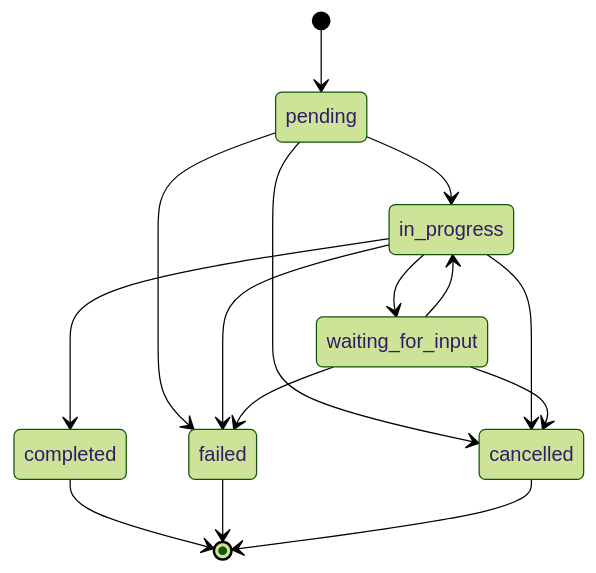
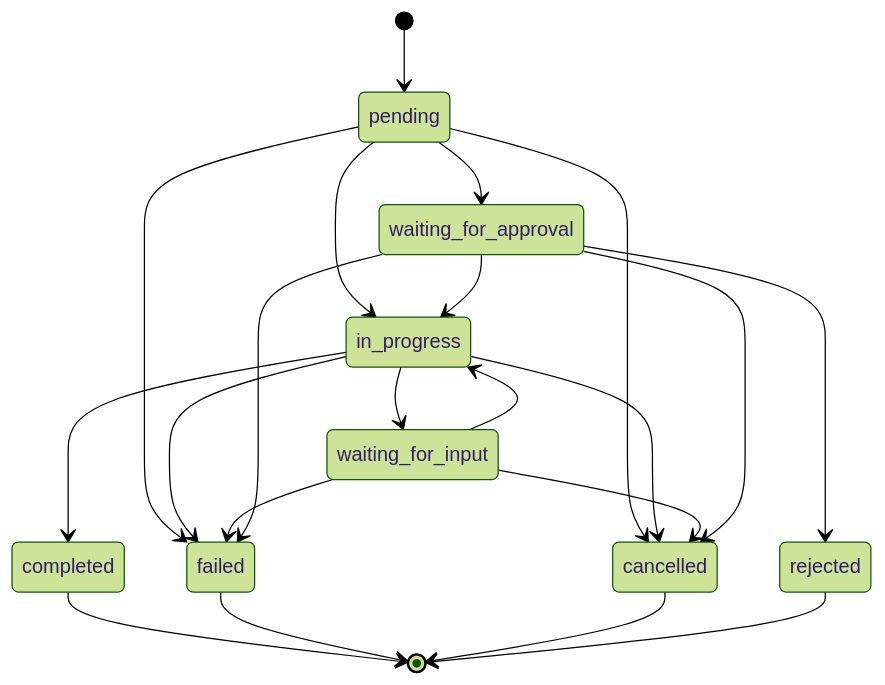
The third of 7 diagrams in docs/02-architecture-overview.md (emanuelschille/operator-core-public), drawn with Mermaid (forest theme) before and after one commit. The commit also changed other lines of this file and 6 other files, not shown here.

````diff
--- a/docs/02-architecture-overview.md
+++ b/docs/02-architecture-overview.md
@@ -105,17 +105,23 @@
 ```mermaid
 stateDiagram-v2
     [*] --> pending
     pending --> in_progress
+    pending --> waiting_for_approval
     pending --> cancelled
     pending --> failed
     in_progress --> waiting_for_input
     in_progress --> completed
     in_progress --> failed
     in_progress --> cancelled
     waiting_for_input --> in_progress
     waiting_for_input --> cancelled
     waiting_for_input --> failed
+    waiting_for_approval --> in_progress
+    waiting_for_approval --> rejected
+    waiting_for_approval --> cancelled
+    waiting_for_approval --> failed
     completed --> [*]
     failed --> [*]
     cancelled --> [*]
+    rejected --> [*]
 ```
````
